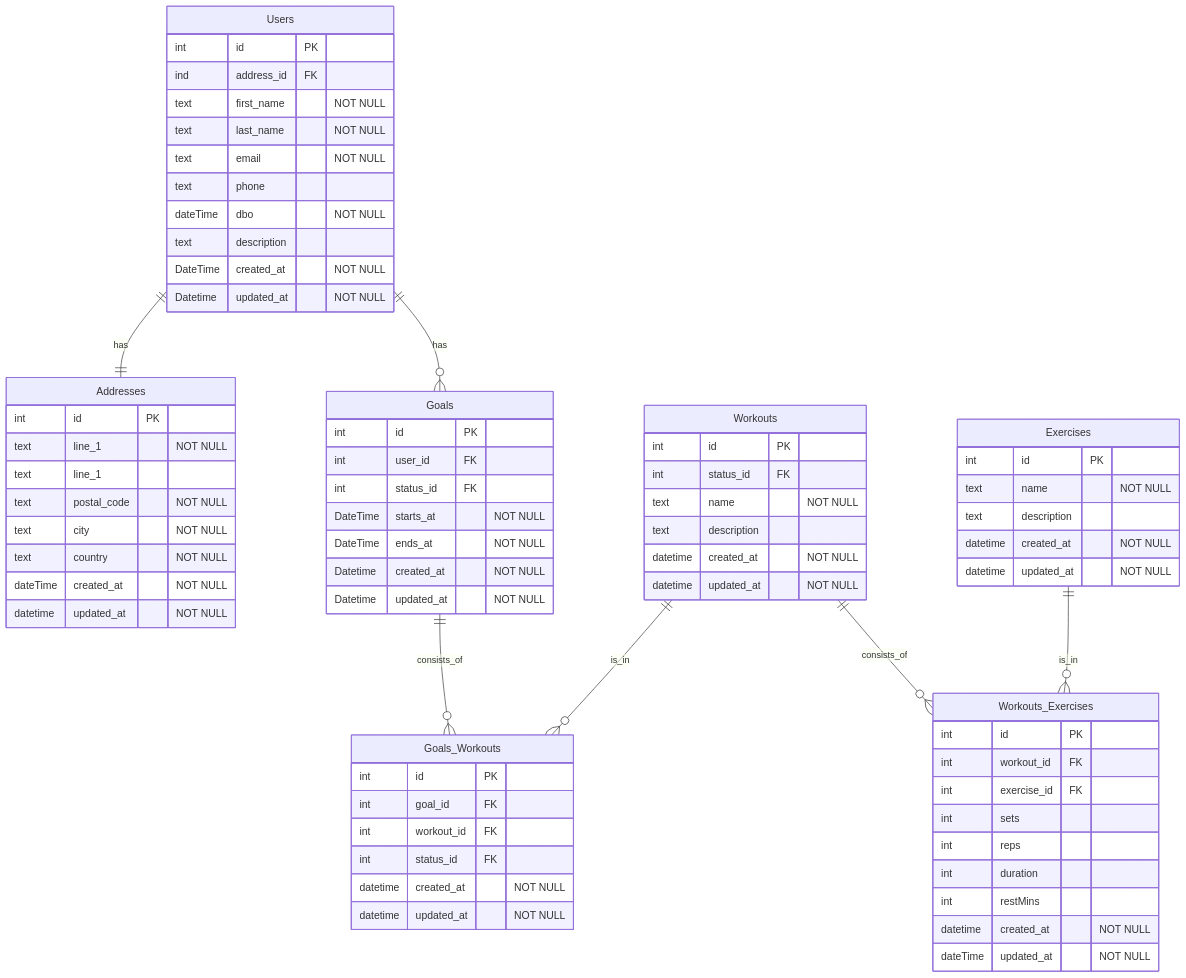
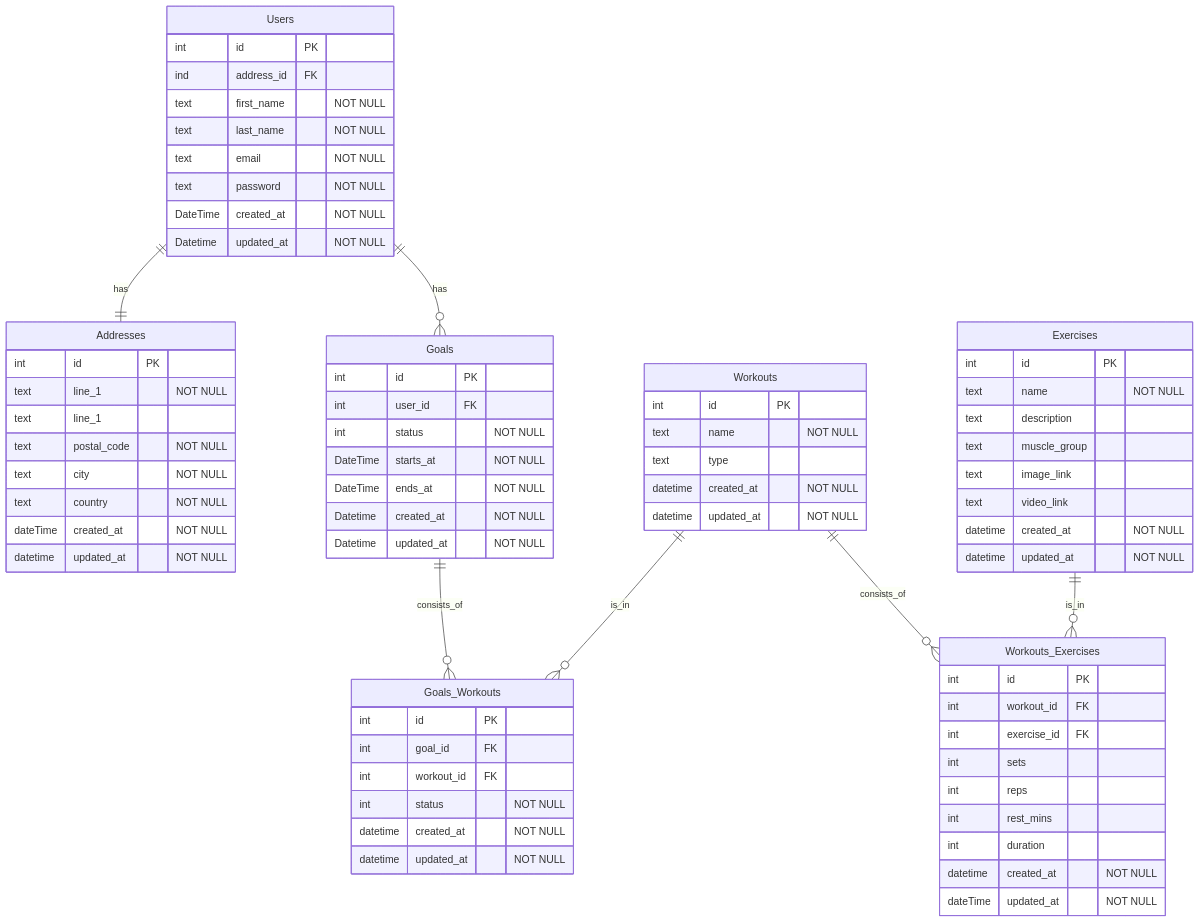
Before and after one commit to compsci-78/java-final-project: the diagram in README.md, drawn with Mermaid. The commit also changed 5 other files, not shown here.

Commit message:
Made some refactoring to ERD and models

````diff
--- a/README.md
+++ b/README.md
@@ -4,75 +4,75 @@
 ```mermaid
 erDiagram
    Users ||--|| Addresses : has
    Users ||--o{ Goals : has
    Goals ||--o{ Goals_Workouts: consists_of
    Workouts ||--o{ Goals_Workouts: is_in
    Workouts ||--o{ Workouts_Exercises: consists_of
    Exercises ||--o{ Workouts_Exercises: is_in
    
    Users{
     int id PK
     ind address_id FK
     text first_name "NOT NULL"
     text last_name "NOT NULL"
     text email "NOT NULL"
-    text phone
-    dateTime dbo "NOT NULL"
-    text description
+    text password "NOT NULL"
     DateTime created_at "NOT NULL"
     Datetime updated_at "NOT NULL"
    }
    Addresses{
        int id PK
        text line_1 "NOT NULL"
        text line_1 
        text postal_code "NOT NULL"
        text city "NOT NULL"
        text country "NOT NULL"
        dateTime created_at "NOT NULL"
        datetime updated_at "NOT NULL"
     }
    Goals {
        int id PK
        int user_id FK
-       int status_id FK
+       int status "NOT NULL"
        DateTime starts_at "NOT NULL"
        DateTime ends_at "NOT NULL"
        Datetime created_at "NOT NULL"
        Datetime updated_at "NOT NULL"
    } 
    Goals_Workouts {
        int id PK
        int goal_id FK
        int workout_id FK
-       int status_id FK
+       int status "NOT NULL"
        datetime created_at "NOT NULL"
        datetime updated_at "NOT NULL"
    }
    Workouts{
        int id PK
-       int status_id FK
        text name "NOT NULL"
-       text description
+       text type
        datetime created_at "NOT NULL"
        datetime updated_at "NOT NULL"      
    }
    Workouts_Exercises {
        int id PK
        int workout_id FK
        int exercise_id FK
        int sets
        int reps
+       int rest_mins
        int duration
-       int restMins
        datetime created_at "NOT NULL"
        dateTime updated_at "NOT NULL"
    }
    Exercises{
        int id PK
        text name "NOT NULL"
        text description
+       text muscle_group
+       text image_link
+       text video_link
        datetime created_at "NOT NULL"
        datetime updated_at "NOT NULL"      
    }
 ```
````
